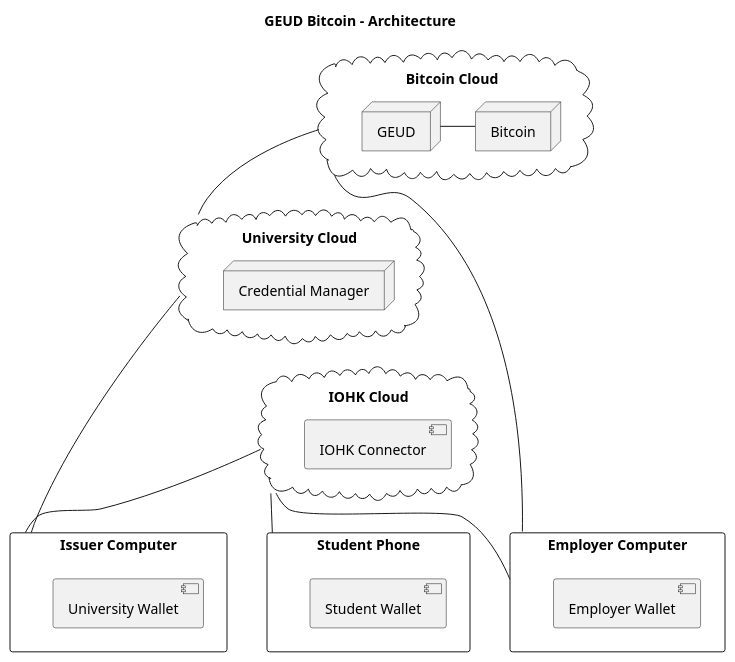
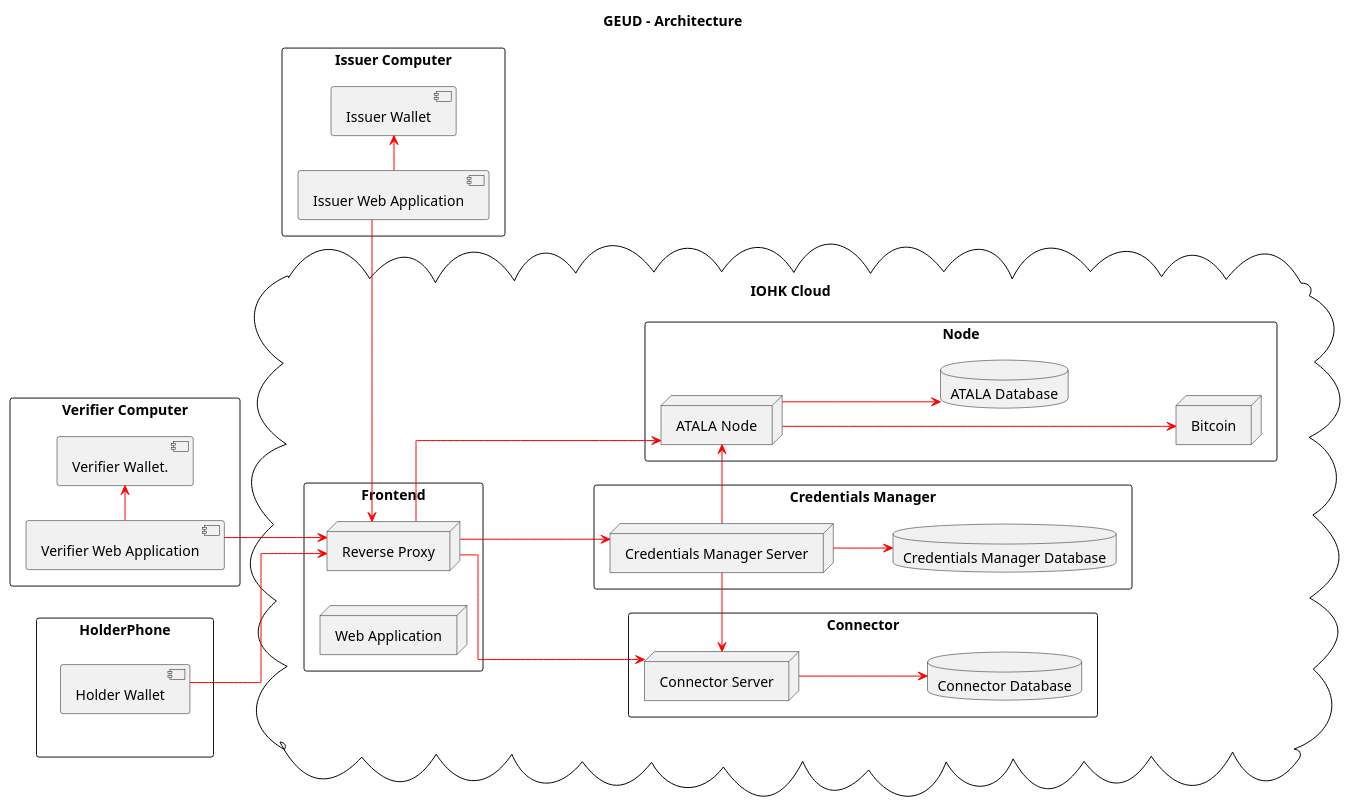
Before and after one commit to input-output-hk/atala-prism: the diagram in credentials-verification/docs/bitcoin/diagrams/architecture.puml, drawn with PlantUML. The commit also changed 14 other files, not shown here.

```diff
--- a/credentials-verification/docs/bitcoin/diagrams/architecture.puml
+++ b/credentials-verification/docs/bitcoin/diagrams/architecture.puml
@@ -1,38 +1,70 @@
 @startuml
 
-title GEUD Bitcoin - Architecture
+title GEUD - Architecture
+
+left to right direction
+
+skinparam {
+    ArrowColor Red
+    linetype ortho
+}
+
+skinparam cloud {
+  BorderColor Black
+}
 
 cloud "IOHK Cloud" as IOHKCloud {
-    [IOHK Connector]
-}
+    rectangle Connector {
+        node "Connector Server" as ConnectorServer
+        database "Connector Database" as ConnectorDatabase
+        ConnectorServer --> ConnectorDatabase
+    }
 
-rectangle "Student Phone" as StudentPhone {
-    [Student Wallet]
+    rectangle "Credentials Manager" as CredentialsManager {
+        node "Credentials Manager Server" as CredentialsManagerServer
+        database "Credentials Manager Database" as CredentialsManagerDatabase
+        CredentialsManagerServer --> CredentialsManagerDatabase
+    }
+
+    rectangle Node {
+        node Bitcoin
+        node "ATALA Node" as AtalaNode
+        database "ATALA Database" as AtalaDatabase
+        AtalaNode --> AtalaDatabase
+        AtalaNode ---> Bitcoin
+    }
+
+    rectangle Frontend {
+        node "Reverse Proxy" as ReverseProxy
+        node "Web Application" as WebApp
+    }
+
+    ReverseProxy ---> ConnectorServer
+    ReverseProxy ---> CredentialsManagerServer
+    ReverseProxy ---> AtalaNode
+    CredentialsManagerServer -left-> ConnectorServer
+    CredentialsManagerServer --left--> AtalaNode
 }
 
 rectangle "Issuer Computer" as IssuerComputer {
-    [University Wallet]
+    [Issuer Wallet] as IssuerWallet
+    [Issuer Web Application] as IssuerWebApp
+    IssuerWebApp -> IssuerWallet
+    IssuerWebApp -left-> ReverseProxy
 }
 
-cloud "University Cloud" as UniversityCloud {
-    node "Credential Manager"
+rectangle "Verifier Computer" as VerifierComputer {
+    [Verifier Wallet.] as VerifierWallet
+    [Verifier Web Application] as VerifierWebApp
+    VerifierWebApp -> VerifierWallet
+    VerifierWebApp --> ReverseProxy
 }
 
-cloud "Bitcoin Cloud" as LedgerCloud {
-    node Bitcoin
-    node GEUD
-    GEUD - Bitcoin
+HolderPhone -[hidden]- IOHKCloud
+
+rectangle "Holder Phone" as HolderPhone {
+    [Holder Wallet] as HolderWallet
+    HolderWallet -> ReverseProxy
 }
 
-rectangle "Employer Computer" as EmployerComputer {
-    [Employer Wallet]
-}
-
-IOHKCloud -- StudentPhone
-IOHKCloud -- IssuerComputer
-IOHKCloud -- EmployerComputer
-UniversityCloud --- IssuerComputer
-LedgerCloud -- UniversityCloud
-LedgerCloud --- EmployerComputer
-
 @enduml
```
